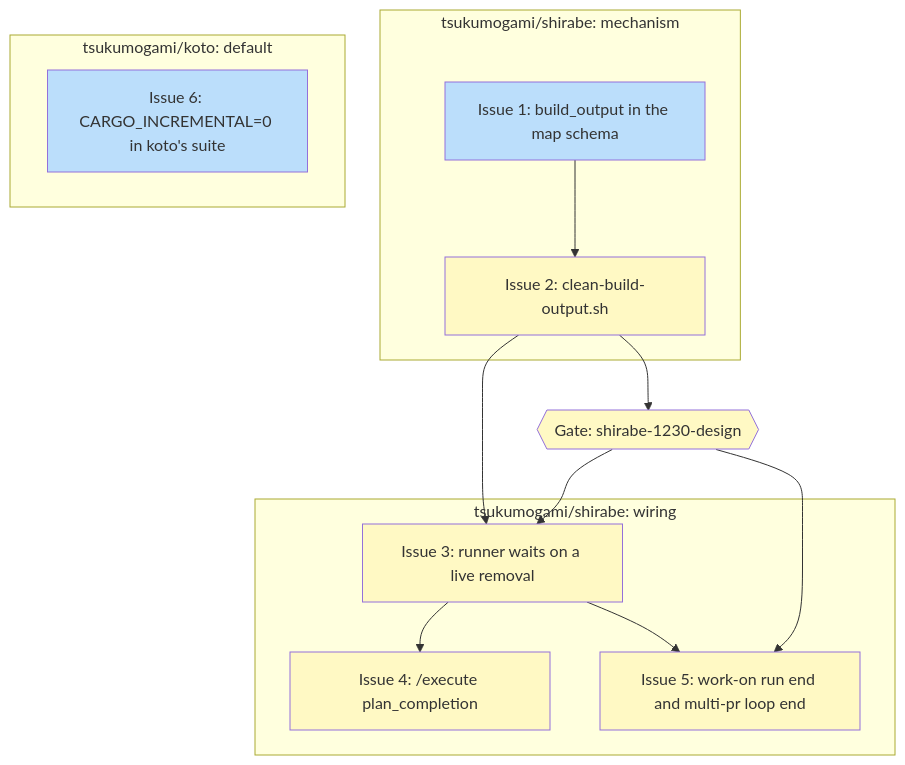
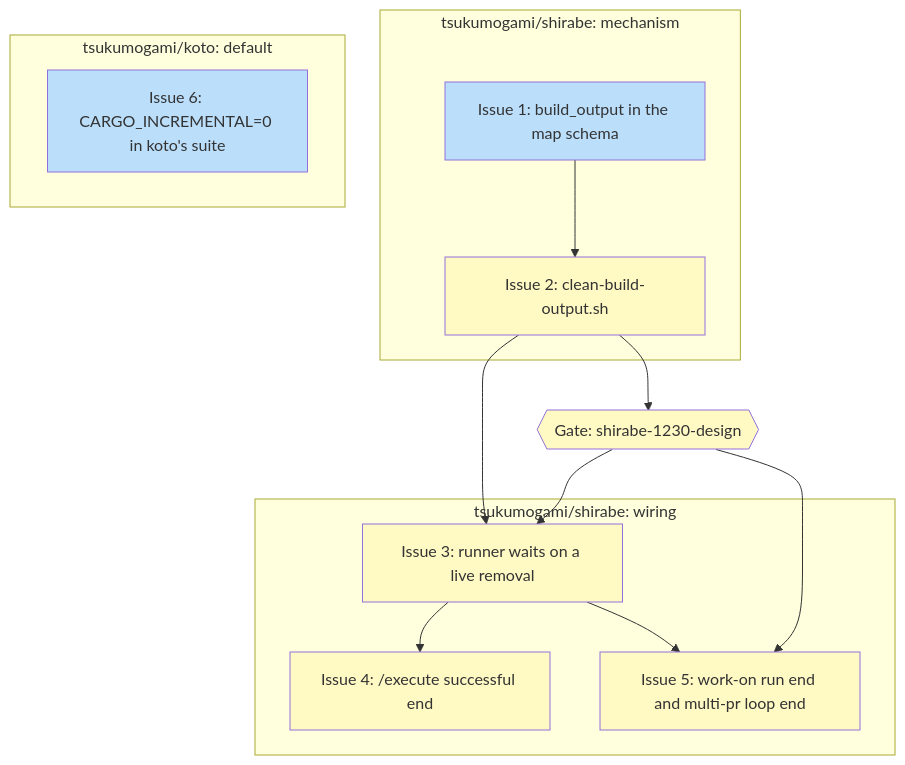
The diagram in docs/plans/PLAN-build-output.md (tsukumogami/shirabe), drawn with Mermaid before and after one commit. The commit also changed other lines of this file and 1 other file, not shown here.

First line of the commit message:
docs(design): clean at /execute's successful end and pin the parent's base

````diff
--- a/docs/plans/PLAN-build-output.md
+++ b/docs/plans/PLAN-build-output.md
@@ -225,40 +237,40 @@
 ```mermaid
 graph TD
     subgraph shirabe_mechanism["tsukumogami/shirabe: mechanism"]
         I1["Issue 1: build_output in the map schema"]
         I2["Issue 2: clean-build-output.sh"]
     end
 
     G1{{"Gate: shirabe-1230-design"}}
 
     subgraph shirabe_wiring["tsukumogami/shirabe: wiring"]
         I3["Issue 3: runner waits on a live removal"]
-        I4["Issue 4: /execute plan_completion"]
+        I4["Issue 4: /execute successful end"]
         I5["Issue 5: work-on run end and multi-pr loop end"]
     end
 
     subgraph koto_default["tsukumogami/koto: default"]
         I6["Issue 6: CARGO_INCREMENTAL=0 in koto's suite"]
     end
 
     I1 --> I2
     I2 --> G1
     G1 --> I3
     G1 --> I5
     I2 --> I3
     I3 --> I4
     I3 --> I5
 
     classDef done fill:#c8e6c9
     classDef ready fill:#bbdefb
     classDef blocked fill:#fff9c4
     classDef needsDesign fill:#e1bee7
     classDef needsPrd fill:#b3e5fc
     classDef needsSpike fill:#ffcdd2
     classDef needsDecision fill:#d1c4e9
     classDef tracksDesign fill:#FFE0B2,stroke:#F57C00,color:#000
     classDef tracksPlan fill:#FFE0B2,stroke:#F57C00,color:#000
 
     class I1,I6 ready
     class I2,I3,I4,I5,G1 blocked
 ```
````
